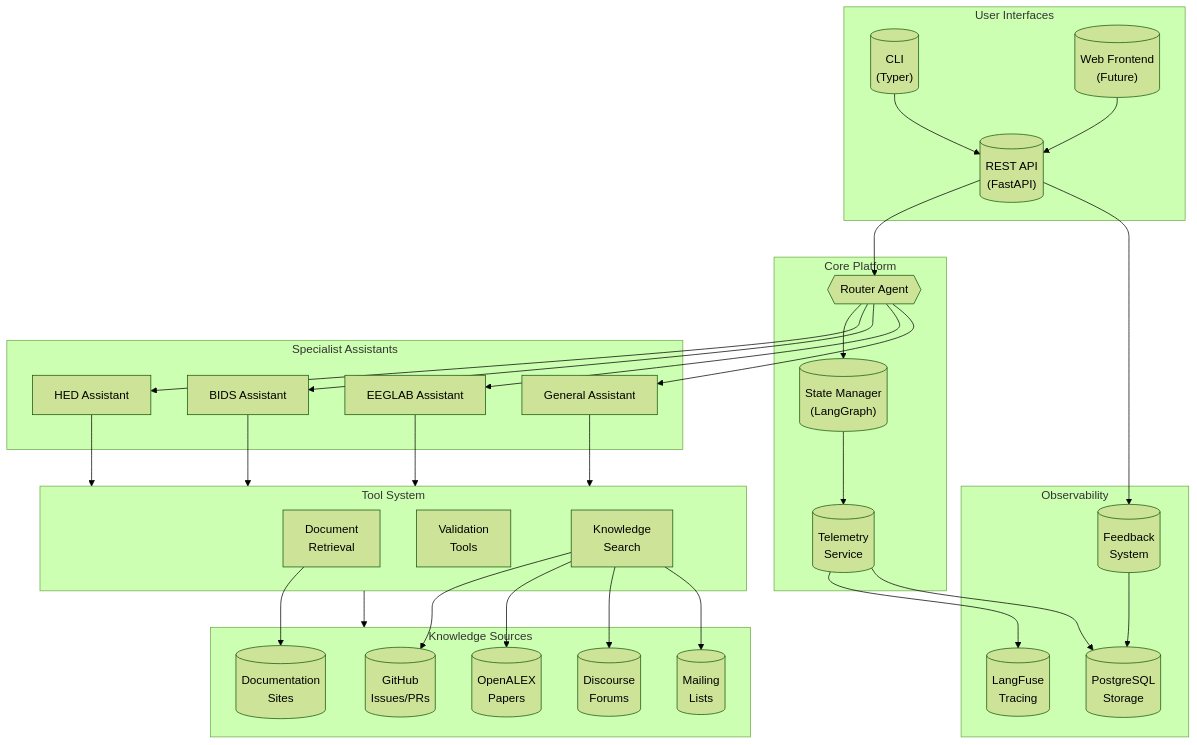
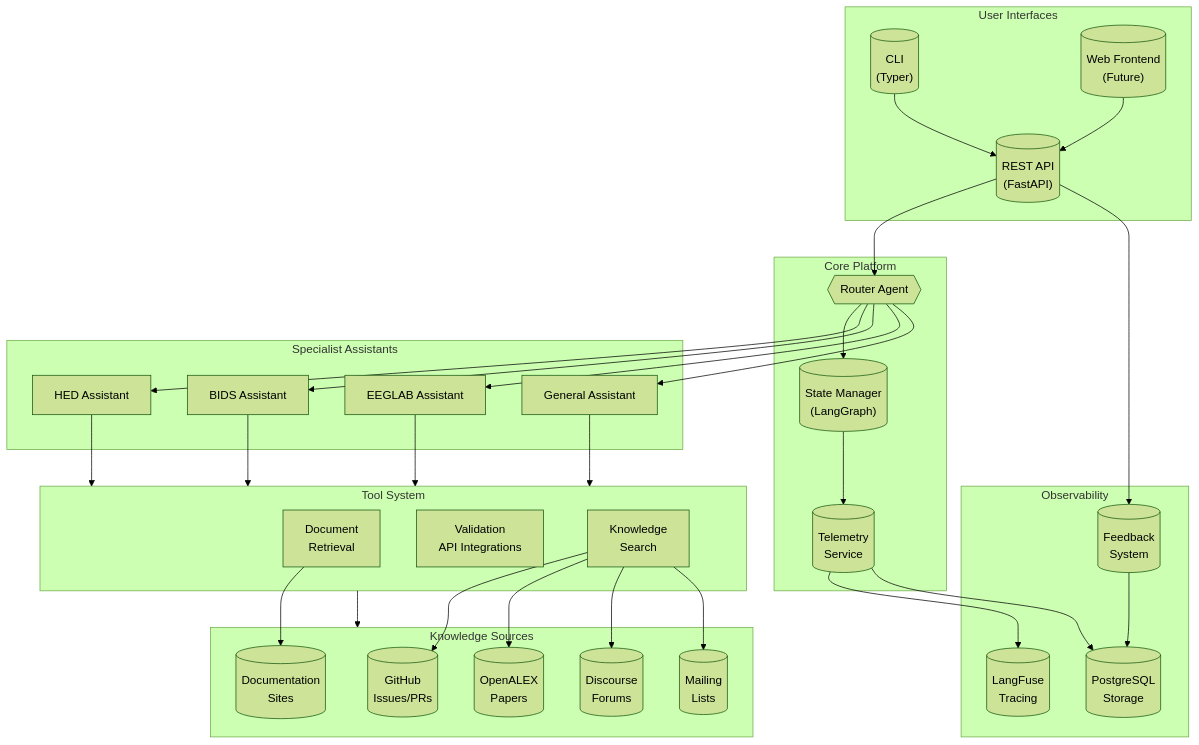
Before and after one commit to OpenScience-Collective/osa: the first of 8 diagrams in docs/architecture.md, drawn with Mermaid (forest theme). The commit also changed other lines of this file, not shown here.

````diff
--- a/docs/architecture.md
+++ b/docs/architecture.md
@@ -9,70 +9,70 @@
 ```mermaid
 flowchart TB
     subgraph Users["User Interfaces"]
         CLI[("CLI<br/>(Typer)")]
         API[("REST API<br/>(FastAPI)")]
         Web[("Web Frontend<br/>(Future)")]
     end
 
     subgraph Core["Core Platform"]
         Router{{"Router Agent"}}
         State[("State Manager<br/>(LangGraph)")]
         Telemetry[("Telemetry<br/>Service")]
     end
 
     subgraph Assistants["Specialist Assistants"]
         HED["HED Assistant"]
         BIDS["BIDS Assistant"]
         EEGLAB["EEGLAB Assistant"]
         General["General Assistant"]
     end
 
     subgraph Tools["Tool System"]
         DocRetrieval["Document<br/>Retrieval"]
-        Validation["Validation<br/>Tools"]
+        Validation["Validation<br/>API Integrations"]
         Search["Knowledge<br/>Search"]
     end
 
     subgraph Knowledge["Knowledge Sources"]
         GitHub[("GitHub<br/>Issues/PRs")]
         OpenALEX[("OpenALEX<br/>Papers")]
         Discourse[("Discourse<br/>Forums")]
         MailingLists[("Mailing<br/>Lists")]
         Docs[("Documentation<br/>Sites")]
     end
 
     subgraph Observability["Observability"]
         LangFuse[("LangFuse<br/>Tracing")]
         Feedback[("Feedback<br/>System")]
         DB[("PostgreSQL<br/>Storage")]
     end
 
     CLI --> API
     Web --> API
     API --> Router
     Router --> State
     State --> Telemetry
 
     Router --> HED
     Router --> BIDS
     Router --> EEGLAB
     Router --> General
 
     HED --> Tools
     BIDS --> Tools
     EEGLAB --> Tools
     General --> Tools
 
     Tools --> Knowledge
 
     DocRetrieval --> Docs
     Search --> GitHub
     Search --> OpenALEX
     Search --> Discourse
     Search --> MailingLists
 
     Telemetry --> LangFuse
     Telemetry --> DB
     API --> Feedback
     Feedback --> DB
 ```
````
